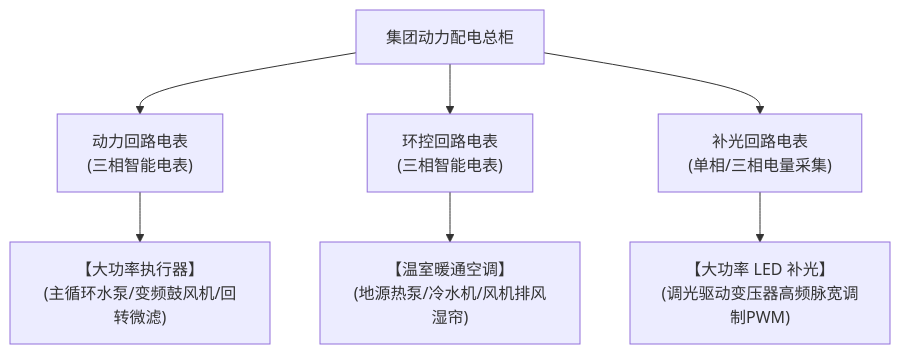
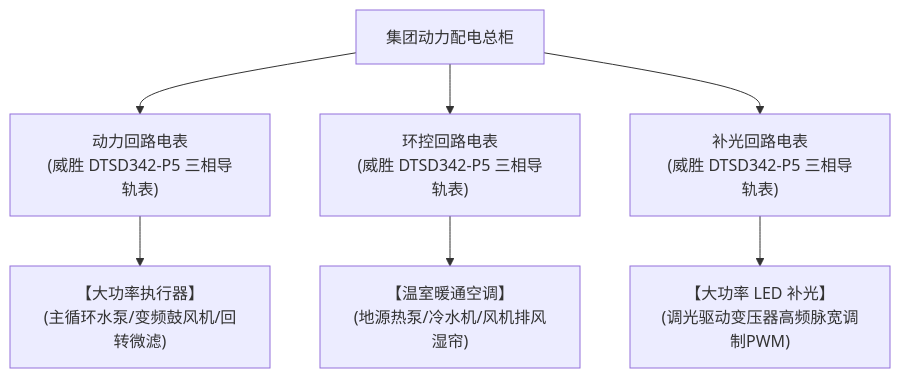
Before and after one commit to digitalboy/aquaponics: the diagram in docs/04_subsystems/03_能耗优化子系统.md, drawn with Mermaid. The commit also changed other lines of this file and 18 other files, not shown here.

````diff
--- a/docs/04_subsystems/03_能耗优化子系统.md
+++ b/docs/04_subsystems/03_能耗优化子系统.md
@@ -11,10 +11,10 @@
 ```mermaid
 flowchart TD
-    Total["集团动力配电总柜"] --> MeterPower["动力回路电表<br>(三相智能电表)"]
-    Total --> MeterEnv["环控回路电表<br>(三相智能电表)"]
-    Total --> MeterLight["补光回路电表<br>(单相/三相电量采集)"]
+    Total["集团动力配电总柜"] --> MeterPower["动力回路电表<br>(威胜 DTSD342-P5 三相导轨表)"]
+    Total --> MeterEnv["环控回路电表<br>(威胜 DTSD342-P5 三相导轨表)"]
+    Total --> MeterLight["补光回路电表<br>(威胜 DTSD342-P5 三相导轨表)"]
     
     MeterPower --> ActuatorPower["【大功率执行器】<br>(主循环水泵/变频鼓风机/回转微滤)"]
     MeterEnv --> ActuatorEnv["【温室暖通空调】<br>(地源热泵/冷水机/风机排风湿帘)"]
     MeterLight --> ActuatorLight["【大功率 LED 补光】<br>(调光驱动变压器高频脉宽调制PWM)"]
 ```
````
